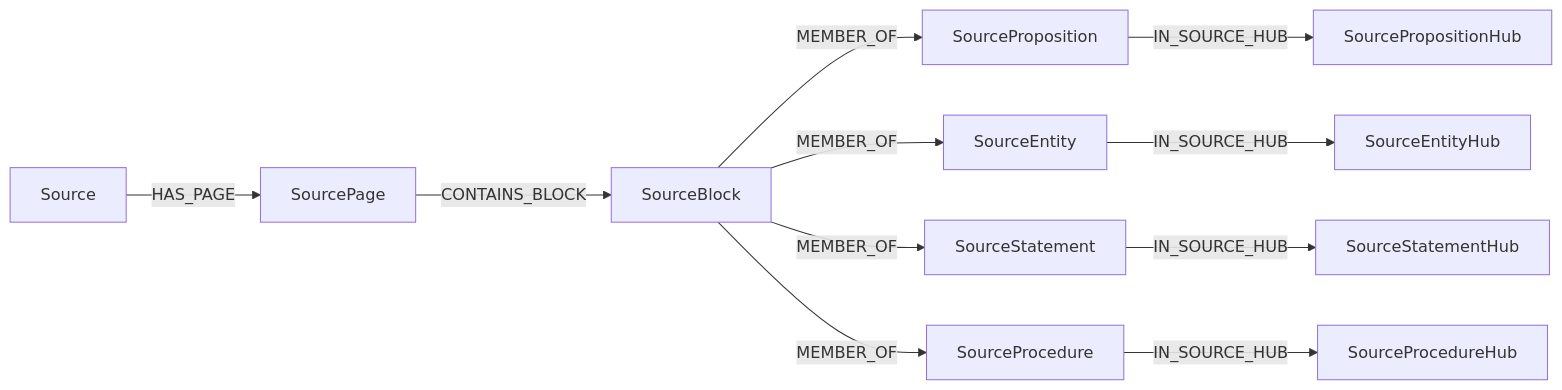
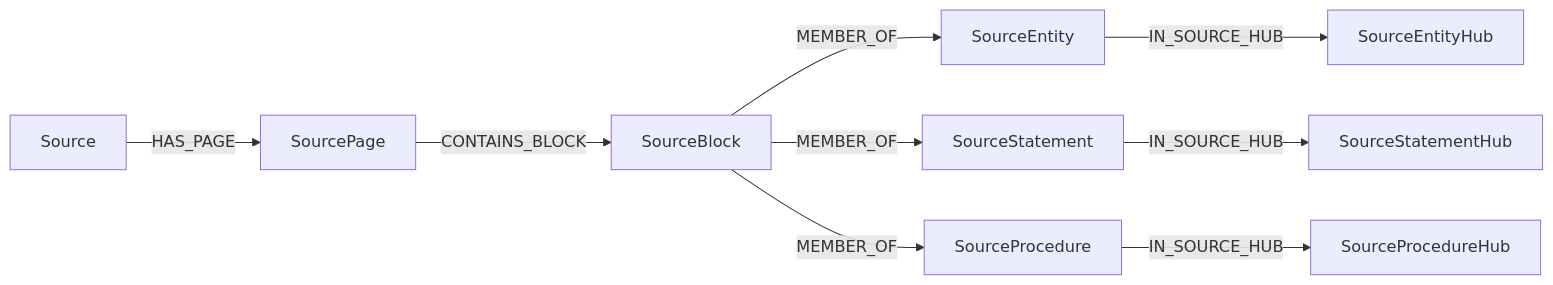
One commit to CrashHermit/kms changed the diagram in docs/SOURCE_SEMANTICS.md. Above: the diagram before and after it, drawn with Mermaid. The commit also changed other lines of this file and 249 other files, not shown here.

````diff
--- a/docs/SOURCE_SEMANTICS.md
+++ b/docs/SOURCE_SEMANTICS.md
@@ -582,13 +579,11 @@
 ```mermaid
 flowchart LR
     S[Source] -->|HAS_PAGE| PG[SourcePage]
     PG -->|CONTAINS_BLOCK| B[SourceBlock]
-    B -->|MEMBER_OF| P[SourceProposition]
     B -->|MEMBER_OF| E[SourceEntity]
     B -->|MEMBER_OF| ST[SourceStatement]
     B -->|MEMBER_OF| PR[SourceProcedure]
-    P -->|IN_SOURCE_HUB| PH[SourcePropositionHub]
     E -->|IN_SOURCE_HUB| EH[SourceEntityHub]
     ST -->|IN_SOURCE_HUB| STH[SourceStatementHub]
     PR -->|IN_SOURCE_HUB| PRH[SourceProcedureHub]
 ```
````
